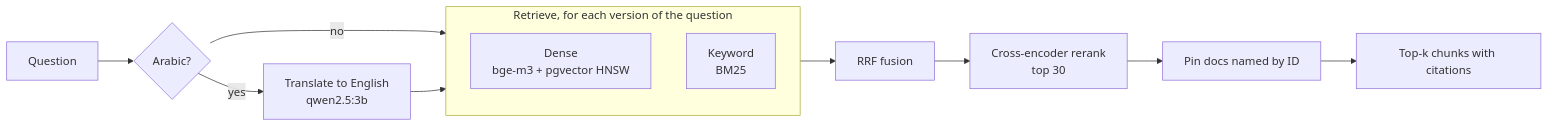
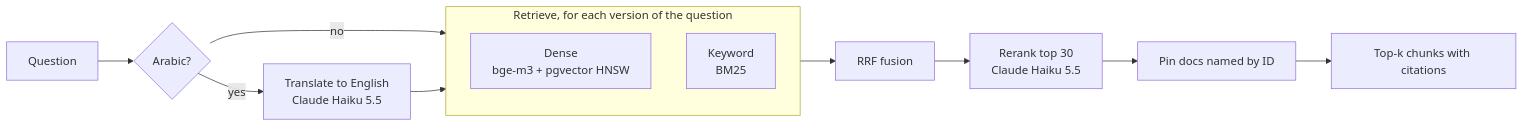
One commit to Yasine-Khamassi/attack-rag changed the diagram in docs/steps/04-hybrid-search.md. Above: the diagram before and after it, drawn with Mermaid. The commit also changed other lines of this file and 10 other files, not shown here.

First line of the commit message:
Step 4: hybrid search + Haiku rerank; phase 1 gate passed (20/20)

````diff
--- a/docs/steps/04-hybrid-search.md
+++ b/docs/steps/04-hybrid-search.md
@@ -5,12 +5,12 @@
 ```mermaid
 flowchart LR
     Q[Question] --> T{Arabic?}
-    T -- yes --> TR[Translate to English<br/>qwen2.5:3b]
+    T -- yes --> TR[Translate to English<br/>Claude Haiku 5.5]
     T -- no --> R
     TR --> R
     subgraph R[Retrieve, for each version of the question]
         D[Dense<br/>bge-m3 + pgvector HNSW]
         K[Keyword<br/>BM25]
     end
-    R --> F[RRF fusion] --> RR[Cross-encoder rerank<br/>top 30] --> P[Pin docs named by ID] --> A[Top-k chunks with citations]
+    R --> F[RRF fusion] --> RR[Rerank top 30<br/>Claude Haiku 5.5] --> P[Pin docs named by ID] --> A[Top-k chunks with citations]
 ```
````
